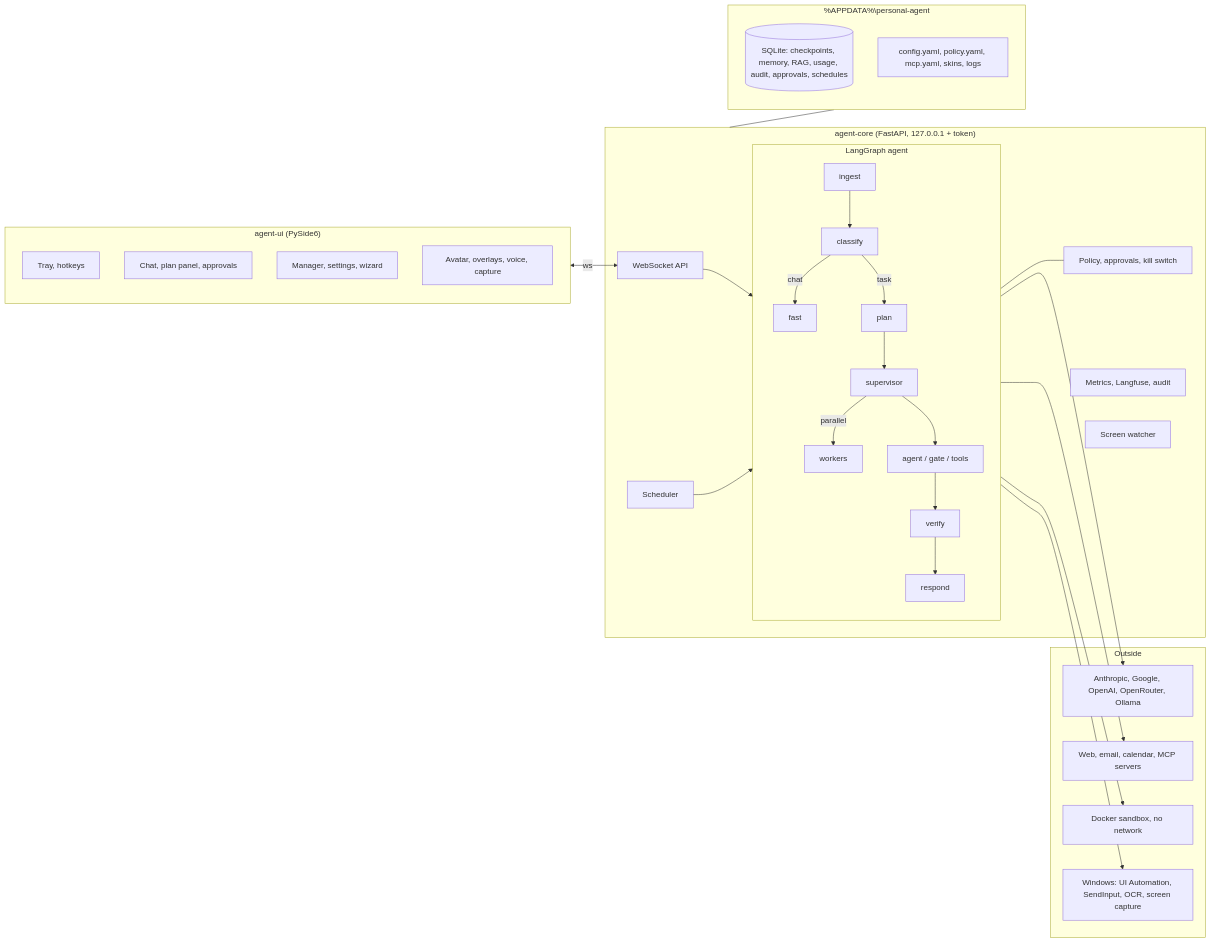
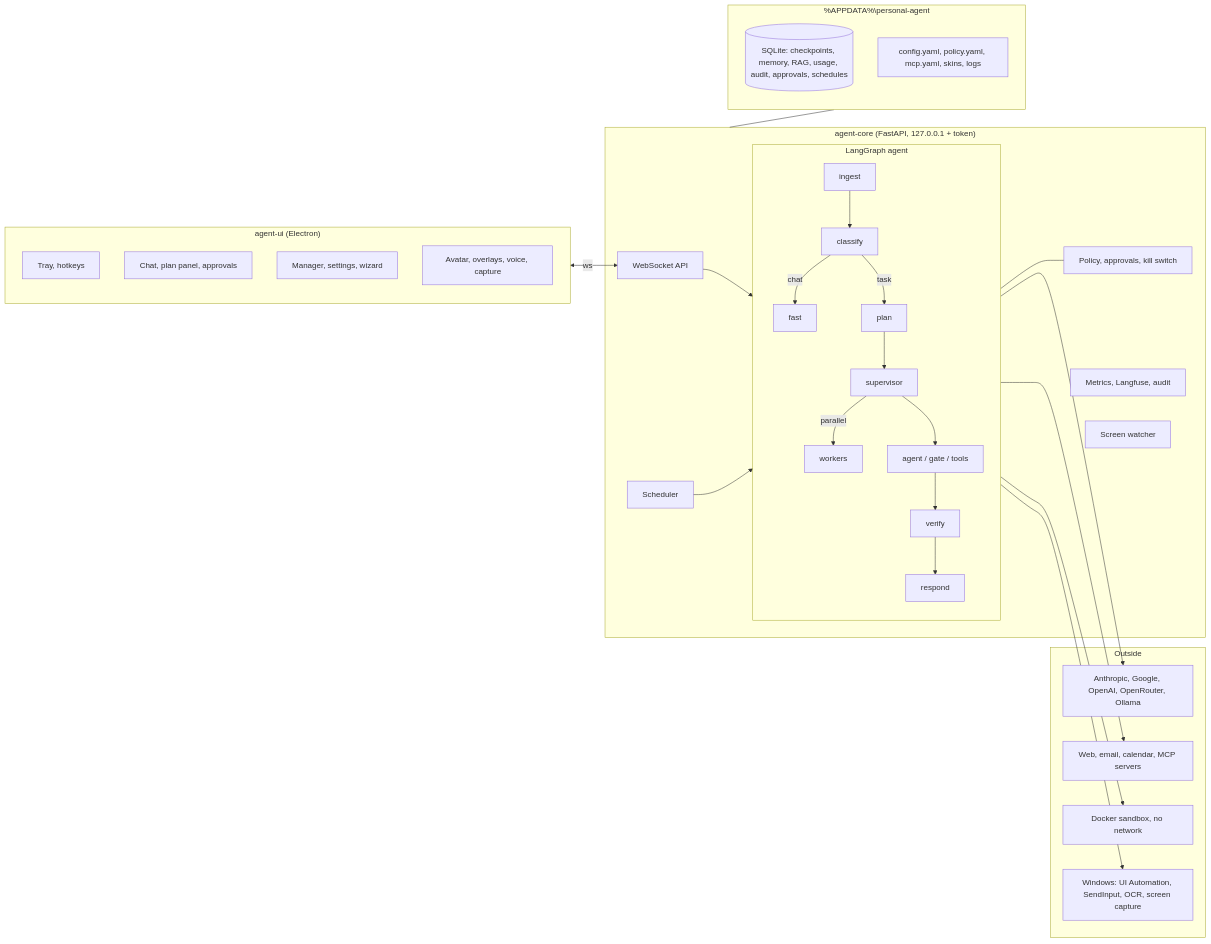
The diagram in docs/architecture.md (CheeseBout/personal-agent), drawn with Mermaid before and after one commit. The commit also changed other lines of this file and 52 other files, not shown here.

First line of the commit message:
refactor(ui): remove the PySide6 UI, package the Electron UI, update docs and CI

````diff
--- a/docs/architecture.md
+++ b/docs/architecture.md
@@ -5,42 +5,42 @@
 ```mermaid
 flowchart LR
-  subgraph UI["agent-ui (PySide6)"]
+  subgraph UI["agent-ui (Electron)"]
     tray[Tray, hotkeys]
     chat[Chat, plan panel, approvals]
     mgr[Manager, settings, wizard]
     av[Avatar, overlays, voice, capture]
   end
   subgraph CORE["agent-core (FastAPI, 127.0.0.1 + token)"]
     ws[WebSocket API]
     subgraph G["LangGraph agent"]
       ingest --> classify
       classify -->|chat| fast
       classify -->|task| plan --> sup[supervisor]
       sup -->|parallel| workers
       sup --> loop[agent / gate / tools] --> verify --> respond
     end
     pol[Policy, approvals, kill switch]
     sched[Scheduler]
     obs[Metrics, Langfuse, audit]
     watch[Screen watcher]
   end
   subgraph STORE["%APPDATA%\personal-agent"]
     db[(SQLite: checkpoints, memory, RAG, usage, audit, approvals, schedules)]
     cfg[config.yaml, policy.yaml, mcp.yaml, skins, logs]
   end
   subgraph WORLD["Outside"]
     llm[Anthropic, Google, OpenAI, OpenRouter, Ollama]
     web[Web, email, calendar, MCP servers]
     dock[Docker sandbox, no network]
     win[Windows: UI Automation, SendInput, OCR, screen capture]
   end
   UI <-- ws --> ws
   ws --> G
   G --- pol
   G --> llm
   G --> web
   G --> dock
   G --> win
   sched --> G
   CORE --- STORE
 ```
````
